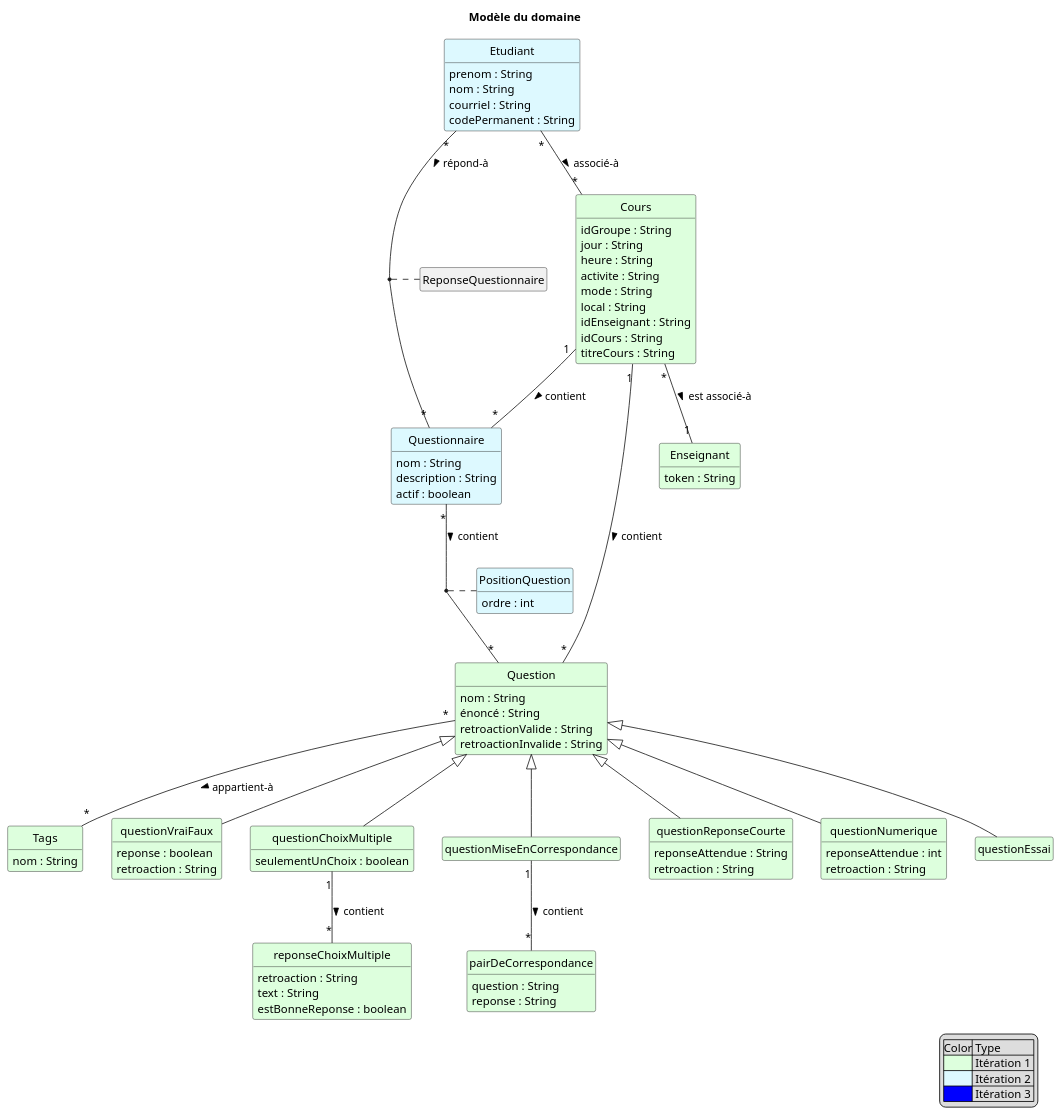
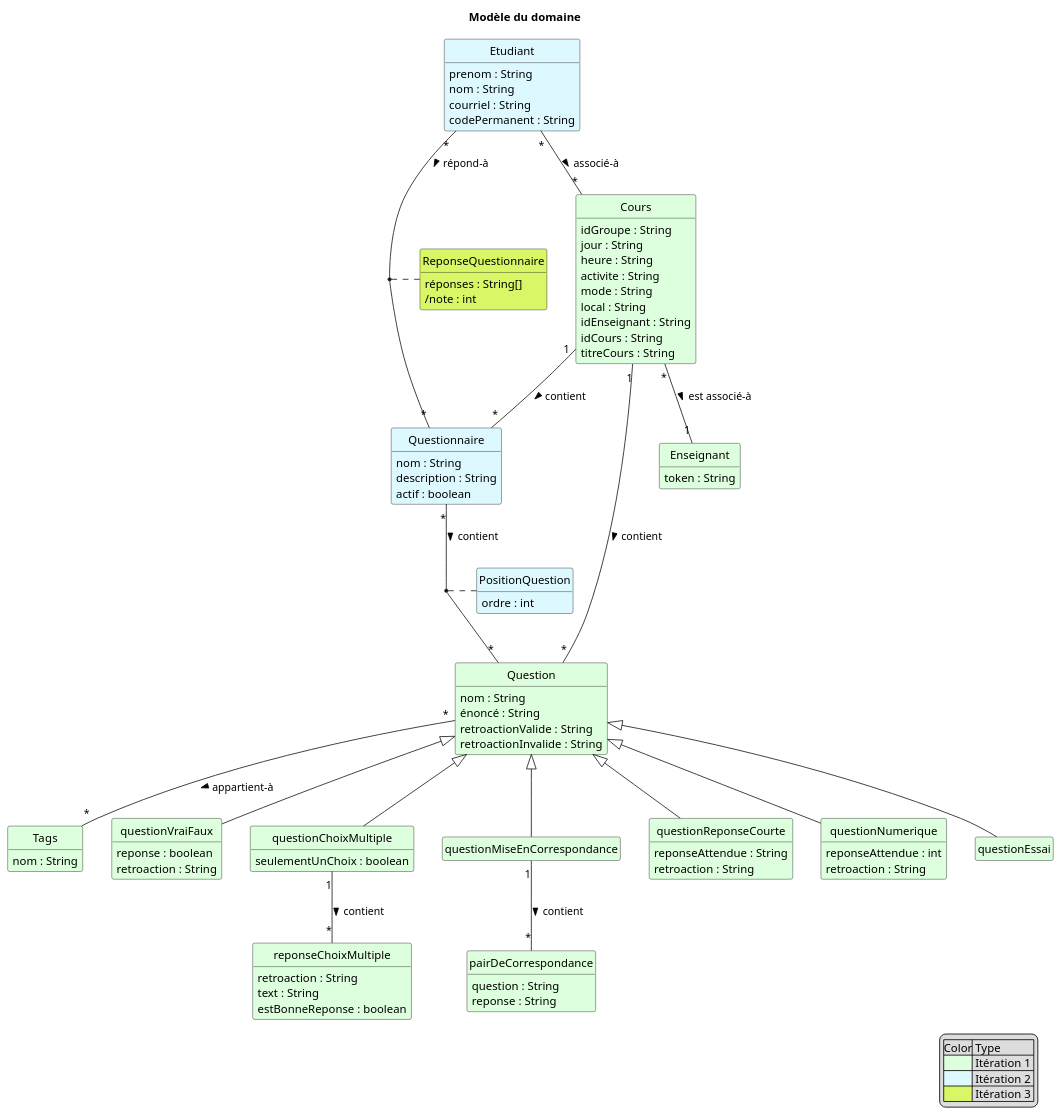
One commit to xMrYahya/moodle-clone changed the diagram in docs/modeles/mdd.puml. Above: the diagram before and after it, drawn with PlantUML. The commit also changed 4 other files, not shown here.

Commit message:
Modification pour ajouter l'objet reponseQuestionnaire

```diff
--- a/docs/modeles/mdd.puml
+++ b/docs/modeles/mdd.puml
@@ -1,111 +1,113 @@
 @startuml MDD_SGB_SGA
 skinparam style strictuml
 'skinparam backgroundcolor transparent
 hide methods
 hide empty members
 'left to right direction
 title Modèle du domaine
 
 skinparam class {
   BackgroundColor<< SGB >> #ddffdd
   backgroundColor<<Itération 1>> #ddffdd
   backgroundColor<<Itération 2>> #ddf9ff
-  backgroundColor<<Itération 3>> BLUE
+  backgroundColor<<Itération 3>> #d9f666
 }
 hide stereotype
 
 
   ' Le concept de "Cours" dans SGA n'est pas un groupe-cours
   class "Question" as question <<Itération 1>> {
   nom : String
   énoncé : String
   ' reponse a la question
   retroactionValide : String
   retroactionInvalide : String
   }
   class "Tags" as tags <<Itération 1>>{
     nom : String
   }
   class "questionVraiFaux" as qvf <<Itération 1>> extends question {
     reponse : boolean
     retroaction : String
   }
   class "questionChoixMultiple" as qcm <<Itération 1>> extends question {
     seulementUnChoix : boolean
   }
   class "reponseChoixMultiple" as rcm <<Itération 1>> {
     retroaction : String
     text : String
     estBonneReponse : boolean
   }
   class "questionMiseEnCorrespondance" as qmc <<Itération 1>> extends question {
     
   }
   class "pairDeCorrespondance" as pdc <<Itération 1>> {
     question : String
     reponse : String
   }
   class "questionReponseCourte" as qrc <<Itération 1>> extends question  {
     reponseAttendue : String
     retroaction : String
   }
   class "questionNumerique" as qn <<Itération 1>> extends question  {
     reponseAttendue : int
     retroaction : String
   }
   class "questionEssai" as qe <<Itération 1>> extends question  {
     
   }
   class "Enseignant" as ens <<Itération 1>> {
     token : String
   }
   class "Cours" as cours <<Itération 1>> {
     idGroupe : String
     jour : String
     heure : String
     activite : String
     mode : String
     local : String
     idEnseignant : String
     idCours : String
     titreCours : String
   }
   class "Etudiant" as etudiant <<Itération 2>>{
     prenom : String
     nom : String
     courriel : String
     codePermanent : String
   }
   class "Questionnaire" as questionnaire <<Itération 2>>{
     nom : String
     description : String
     actif : boolean
   }
   class "PositionQuestion" as position <<Itération 2>>{
     ordre : int
   }
+  class "ReponseQuestionnaire" as reponseQuestionnaire <<Itération 3>> {
+    réponses : String[]
+    /note : int
+  }
 
   etudiant "*" -- "*" cours : associé-à >
   cours "1" -- "*" question :contient >
   cours "*" -- "1" ens : est associé-à >
   question "*" -- "*" tags : appartient-à >
   qcm "1" -- "*" rcm : contient >
   qmc "1" -- "*" pdc : contient >
   cours "1" -- "*" questionnaire : contient >
   questionnaire "*" -- "*" question : contient >
   (questionnaire,question) .. position
 
 legend right
     |Color| Type |
     |<#ddffdd>| Itération 1 |
     |<#ddf9ff>| Itération 2 |
-    |<#0000FF>| Itération 3 |
+    |<#d9f666>| Itération 3 |
 endlegend
 
 
-  class "ReponseQuestionnaire" as reponseQuestionnaire {
 
-  }
   etudiant "*" -- "*" questionnaire : répond-à >
   (etudiant,questionnaire) .. reponseQuestionnaire
 @enduml
```
